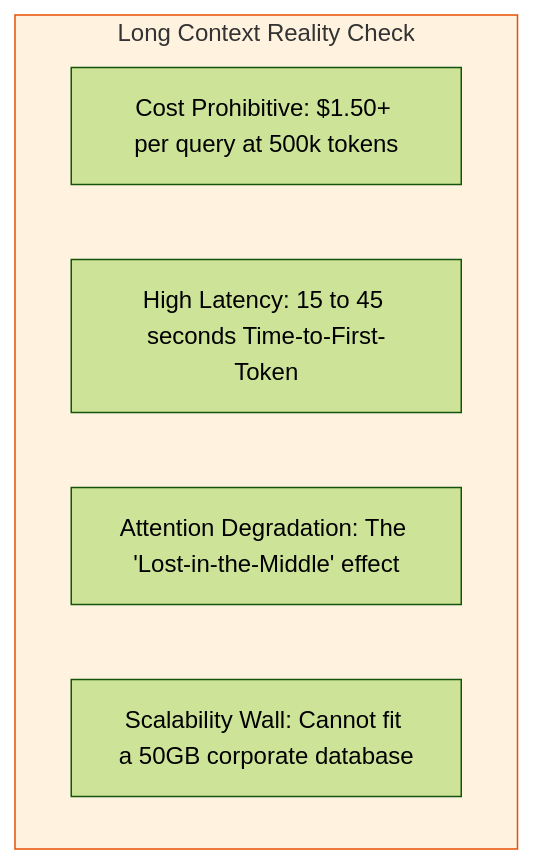
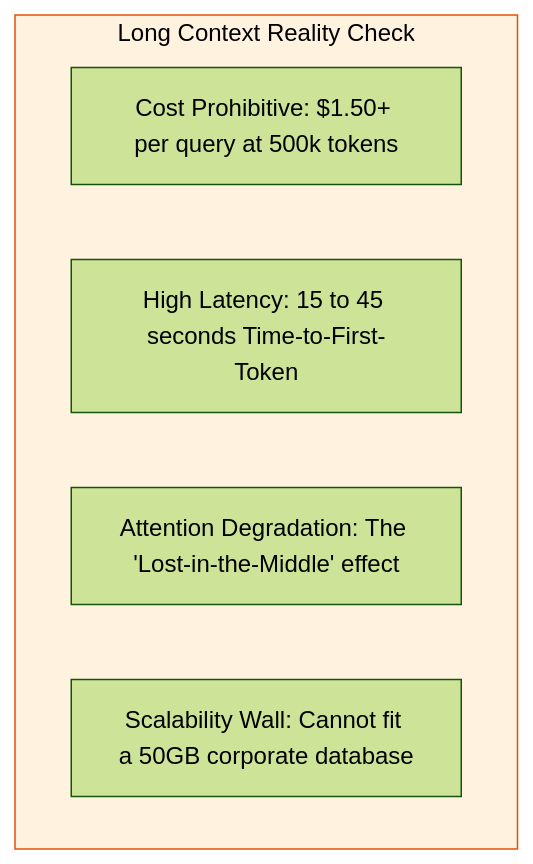
One commit to swapnil3104/RAG-Engineering changed the third of 5 diagrams in 00-Introduction-to-RAG/RAG-vs-Fine-Tuning.md. Above: the diagram before and after it, drawn with Mermaid (forest theme). The commit also changed other lines of this file and 108 other files, not shown here.

Commit message:
fix: make chart text visible across all Mermaid diagrams and resolve markdown table formatting issues

````diff
--- a/00-Introduction-to-RAG/RAG-vs-Fine-Tuning.md
+++ b/00-Introduction-to-RAG/RAG-vs-Fine-Tuning.md
@@ -115,10 +115,10 @@
 ```mermaid
 flowchart TD
     subgraph Long_Context_Challenges [Long Context Reality Check]
         C1["Cost Prohibitive: $1.50+ per query at 500k tokens"]
         C2["High Latency: 15 to 45 seconds Time-to-First-Token"]
         C3["Attention Degradation: The 'Lost-in-the-Middle' effect"]
         C4["Scalability Wall: Cannot fit a 50GB corporate database"]
     end
-    style Long_Context_Challenges fill:#fff3e0,stroke:#e65100
+    style Long_Context_Challenges fill:#fff3e0,stroke:#e65100,color:#000000
 ```
````
